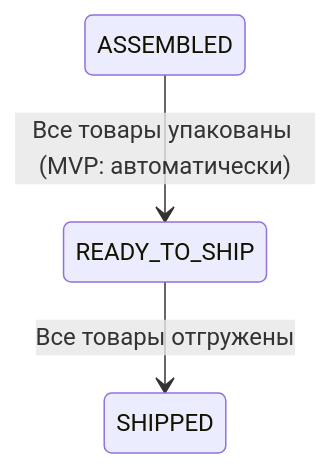
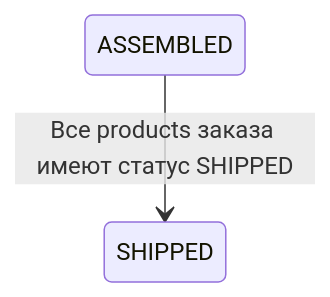
Before and after one commit to oglenyaboss/avalanche-wms: the fourth of 7 diagrams in docs/flows/shipping-flow.md, drawn with Mermaid. The commit also changed other lines of this file and 1 other file, not shown here.

First line of the commit message:
docs(flows): обновить assembly и shipping под решения встречи по outbound-потоку

````diff
--- a/docs/flows/shipping-flow.md
+++ b/docs/flows/shipping-flow.md
@@ -65,5 +107,4 @@
 ```mermaid
 stateDiagram-v2
-    ASSEMBLED --> READY_TO_SHIP : Все товары упакованы (MVP: автоматически)
-    READY_TO_SHIP --> SHIPPED : Все товары отгружены
+    ASSEMBLED --> SHIPPED : Все products заказа имеют статус SHIPPED
 ```
````
